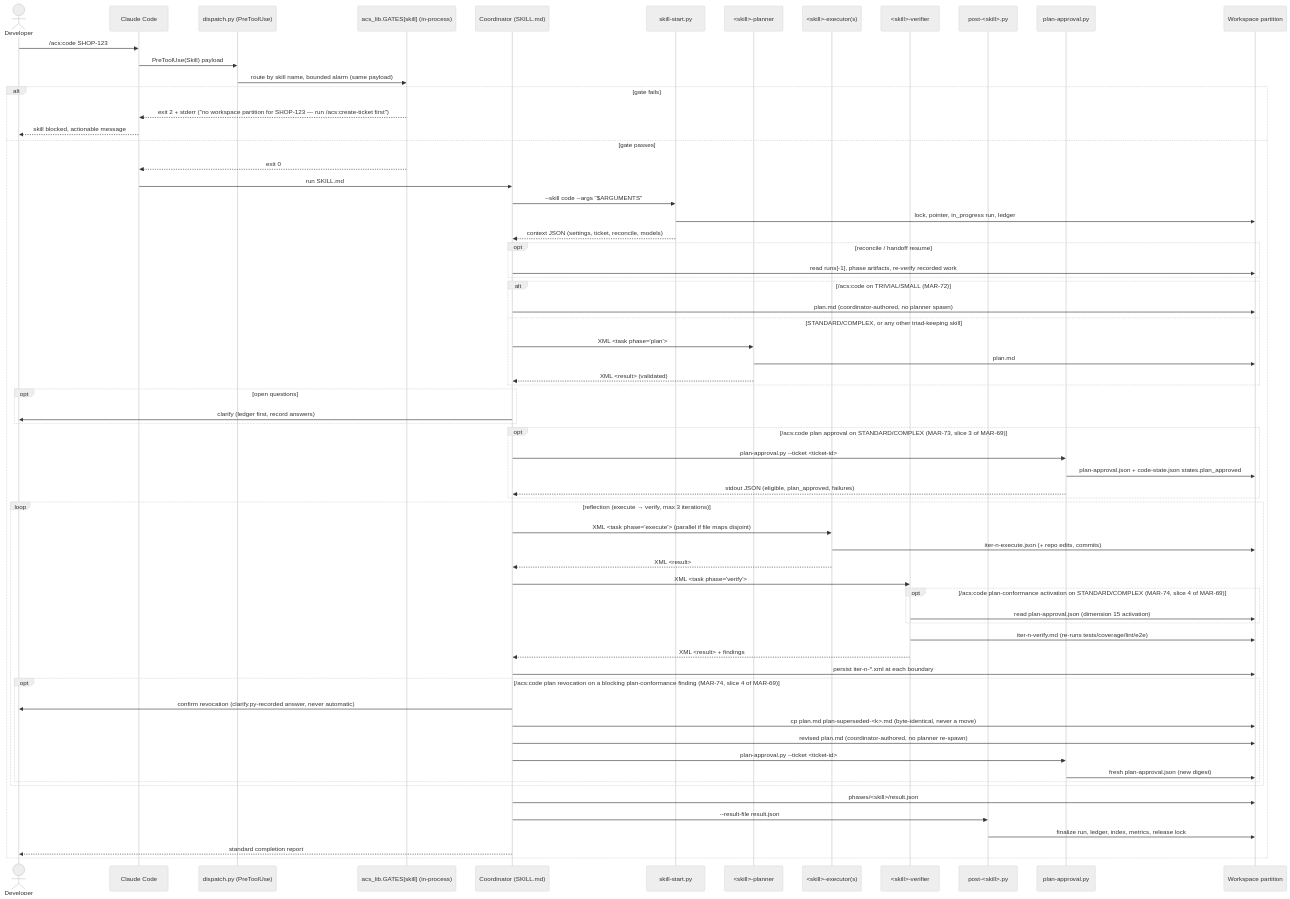
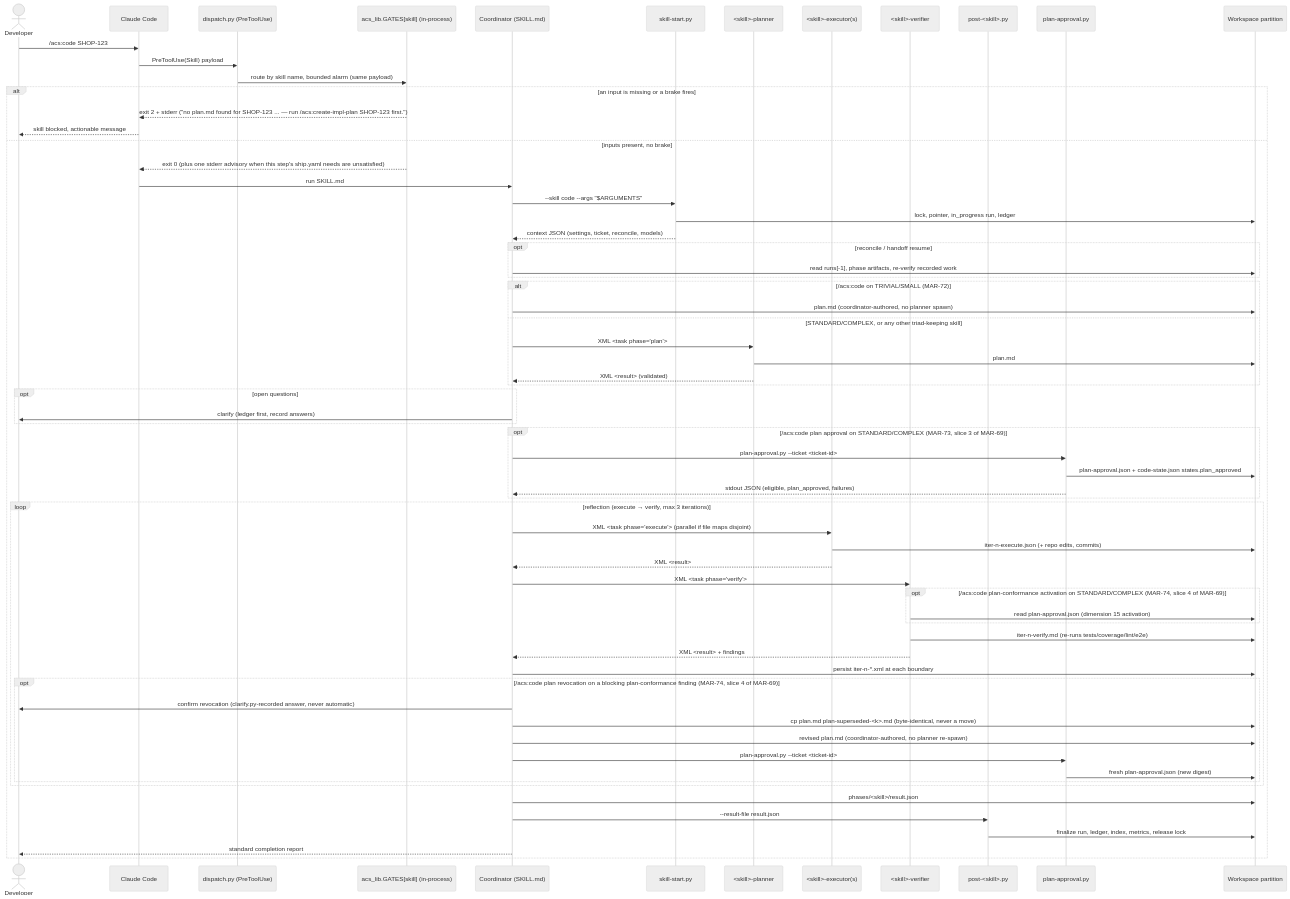
The diagram in docs/architecture/lld/flows/hook-gated-skill-run.md (globalmindsolution/gms-marketplace), drawn with Mermaid (neutral theme) before and after one commit. The commit also changed other lines of this file and 156 other files, not shown here.

Commit message:
refactor: independent skills, ship.yaml-driven /acs:ship with parallel legs, docs/tickets artifacts, Build/Test skills (#528)

````diff
--- a/docs/architecture/lld/flows/hook-gated-skill-run.md
+++ b/docs/architecture/lld/flows/hook-gated-skill-run.md
@@ -48,70 +48,70 @@
 ```mermaid
 sequenceDiagram
     actor Dev as Developer
     participant CC as Claude Code
     participant D as dispatch.py (PreToolUse)
     participant PRE as acs_lib.GATES[skill] (in-process)
     participant CO as Coordinator (SKILL.md)
     participant SS as skill-start.py
     participant PL as <skill>-planner
     participant EX as <skill>-executor(s)
     participant VF as <skill>-verifier
     participant POST as post-<skill>.py
     participant PA as plan-approval.py
     participant WS as Workspace partition
 
     Dev->>CC: /acs:code SHOP-123
     CC->>D: PreToolUse(Skill) payload
     D->>PRE: route by skill name, bounded alarm (same payload)
-    alt gate fails
-        PRE-->>CC: exit 2 + stderr ("no workspace partition for SHOP-123 — run /acs:create-ticket first")
+    alt an input is missing or a brake fires
+        PRE-->>CC: exit 2 + stderr ("no plan.md found for SHOP-123 ... — run /acs:create-impl-plan SHOP-123 first.")
         CC-->>Dev: skill blocked, actionable message
-    else gate passes
-        PRE-->>CC: exit 0
+    else inputs present, no brake
+        PRE-->>CC: exit 0 (plus one stderr advisory when this step's ship.yaml needs are unsatisfied)
         CC->>CO: run SKILL.md
         CO->>SS: --skill code --args "$ARGUMENTS"
         SS->>WS: lock, pointer, in_progress run, ledger
         SS-->>CO: context JSON (settings, ticket, reconcile, models)
         opt reconcile / handoff resume
             CO->>WS: read runs[-1], phase artifacts, re-verify recorded work
         end
         alt /acs:code on TRIVIAL/SMALL (MAR-72)
             CO->>WS: plan.md (coordinator-authored, no planner spawn)
         else STANDARD/COMPLEX, or any other triad-keeping skill
             CO->>PL: XML <task phase="plan">
             PL->>WS: plan.md
             PL-->>CO: XML <result> (validated)
         end
         opt open questions
             CO->>Dev: clarify (ledger first, record answers)
         end
         opt /acs:code plan approval on STANDARD/COMPLEX (MAR-73, slice 3 of MAR-69)
             CO->>PA: plan-approval.py --ticket <ticket-id>
             PA->>WS: plan-approval.json + code-state.json states.plan_approved
             PA-->>CO: stdout JSON (eligible, plan_approved, failures)
         end
         loop reflection (execute → verify, max 3 iterations)
             CO->>EX: XML <task phase="execute"> (parallel if file maps disjoint)
             EX->>WS: iter-n-execute.json (+ repo edits, commits)
             EX-->>CO: XML <result>
             CO->>VF: XML <task phase="verify">
             opt /acs:code plan-conformance activation on STANDARD/COMPLEX (MAR-74, slice 4 of MAR-69)
                 VF->>WS: read plan-approval.json (dimension 15 activation)
             end
             VF->>WS: iter-n-verify.md (re-runs tests/coverage/lint/e2e)
             VF-->>CO: XML <result> + findings
             CO->>WS: persist iter-n-*.xml at each boundary
             opt /acs:code plan revocation on a blocking plan-conformance finding (MAR-74, slice 4 of MAR-69)
                 CO->>Dev: confirm revocation (clarify.py-recorded answer, never automatic)
                 CO->>WS: cp plan.md plan-superseded-<k>.md (byte-identical, never a move)
                 CO->>WS: revised plan.md (coordinator-authored, no planner re-spawn)
                 CO->>PA: plan-approval.py --ticket <ticket-id>
                 PA->>WS: fresh plan-approval.json (new digest)
             end
         end
         CO->>WS: phases/<skill>/result.json
         CO->>POST: --result-file result.json
         POST->>WS: finalize run, ledger, index, metrics, release lock
         CO-->>Dev: standard completion report
     end
 ```
````
